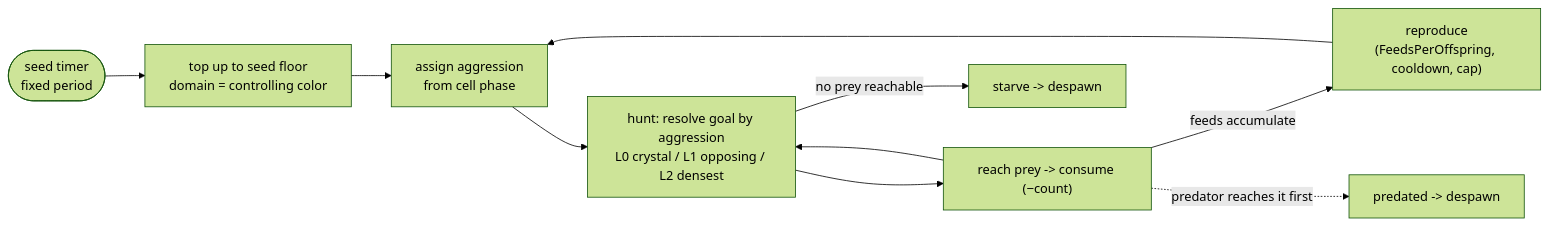
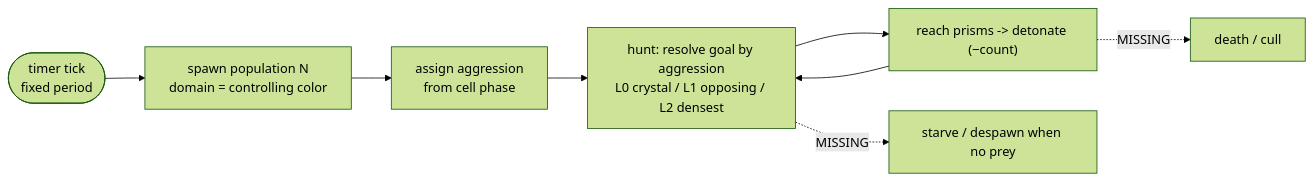
One commit to froglet-studio/Cosmic-Shore changed the second of 2 diagrams in Docs/ECOSYSTEM.md. Above: the diagram before and after it, drawn with Mermaid (forest theme). The commit also changed other lines of this file and 127 other files, not shown here.

````diff
--- a/Docs/ECOSYSTEM.md
+++ b/Docs/ECOSYSTEM.md
@@ -198,12 +149,10 @@
 ```mermaid
 flowchart LR
-    T(["seed timer<br/>fixed period"]) --> S["top up to seed floor<br/>domain = controlling color"]
+    T(["timer tick<br/>fixed period"]) --> S["spawn population N<br/>domain = controlling color"]
     S --> A["assign aggression<br/>from cell phase"]
     A --> H["hunt: resolve goal by aggression<br/>L0 crystal / L1 opposing / L2 densest"]
-    H --> E["reach prey -> consume (−count)"]
+    H --> E["reach prisms -> detonate (−count)"]
     E --> H
-    E -->|feeds accumulate| R["reproduce<br/>(FeedsPerOffspring, cooldown, cap)"]
-    R --> A
-    H -->|no prey reachable| ST["starve -> despawn"]
-    E -.->|predator reaches it first| P["predated -> despawn"]
+    E -.->|MISSING| D["death / cull"]
+    H -.->|MISSING| ST["starve / despawn when no prey"]
 ```
````
